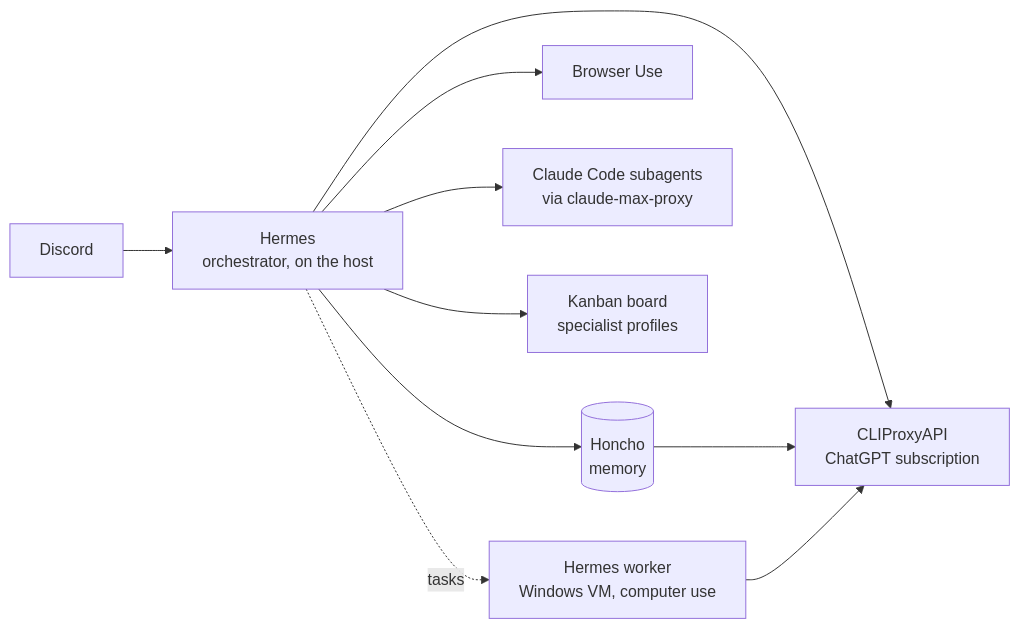
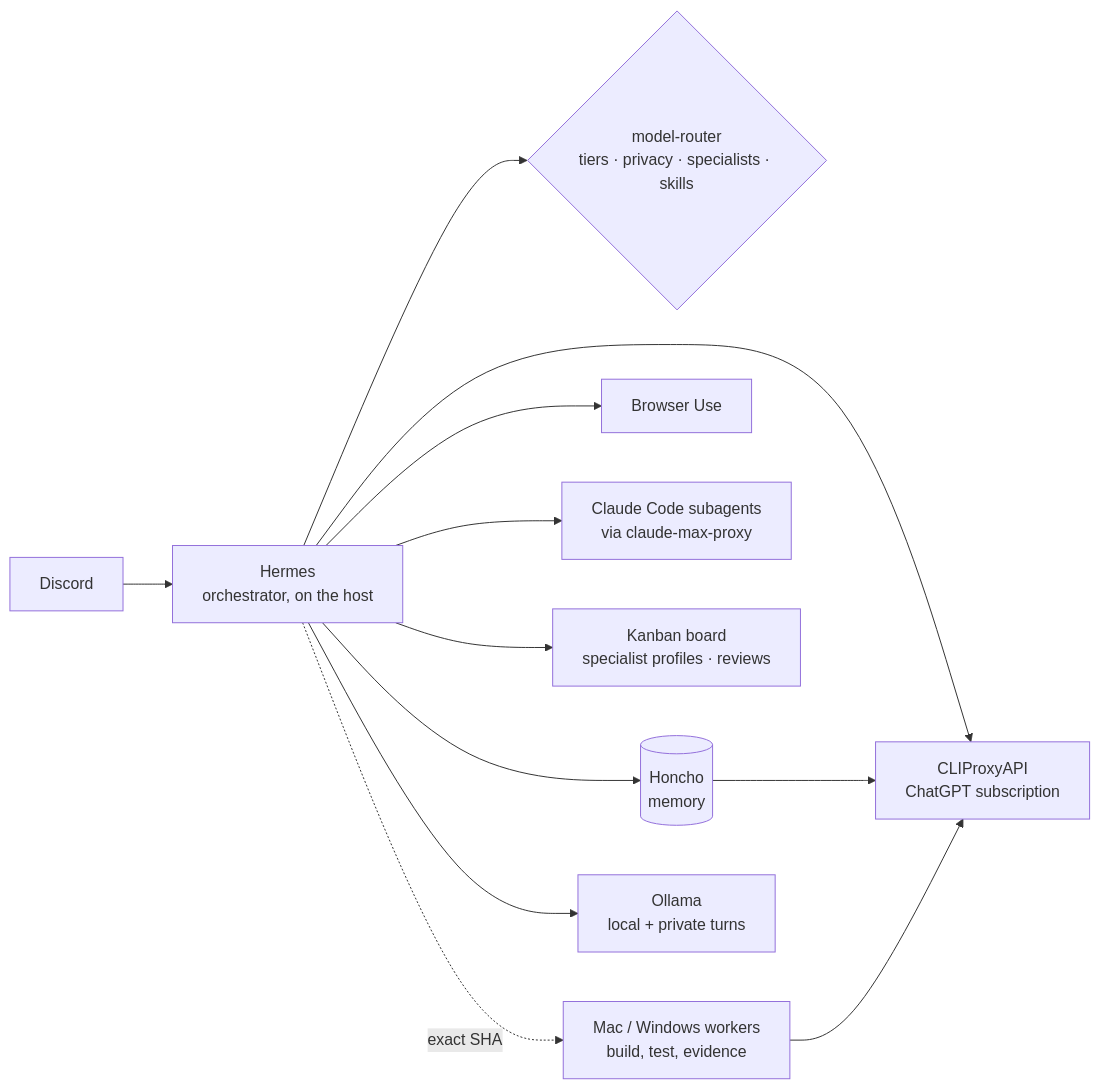
Before and after one commit to NorkzYT/agent-ops-kit: the diagram in README.md, drawn with Mermaid. The commit also changed other lines of this file and 1 other file, not shown here.

First line of the commit message:
docs(readme): refresh README with capability skills, workflow and icon

````diff
--- a/README.md
+++ b/README.md
@@ -10,12 +30,14 @@
 ```mermaid
 flowchart LR
   D[Discord] --> H[Hermes<br/>orchestrator, on the host]
+  H --> R{model-router<br/>tiers · privacy · specialists · skills}
   H --> M[(Honcho<br/>memory)]
   H --> B[Browser Use]
   H --> C[Claude Code subagents<br/>via claude-max-proxy]
-  H --> K[Kanban board<br/>specialist profiles]
-  H -. tasks .-> W[Hermes worker<br/>Windows VM, computer use]
+  H --> K[Kanban board<br/>specialist profiles · reviews]
+  H -. exact SHA .-> W[Mac / Windows workers<br/>build, test, evidence]
   H --> P[CLIProxyAPI<br/>ChatGPT subscription]
+  H --> O[Ollama<br/>local + private turns]
   M --> P
   W --> P
 ```
````
